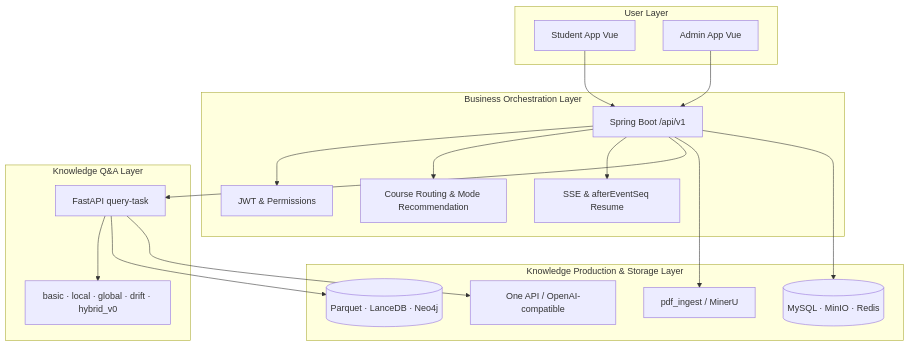
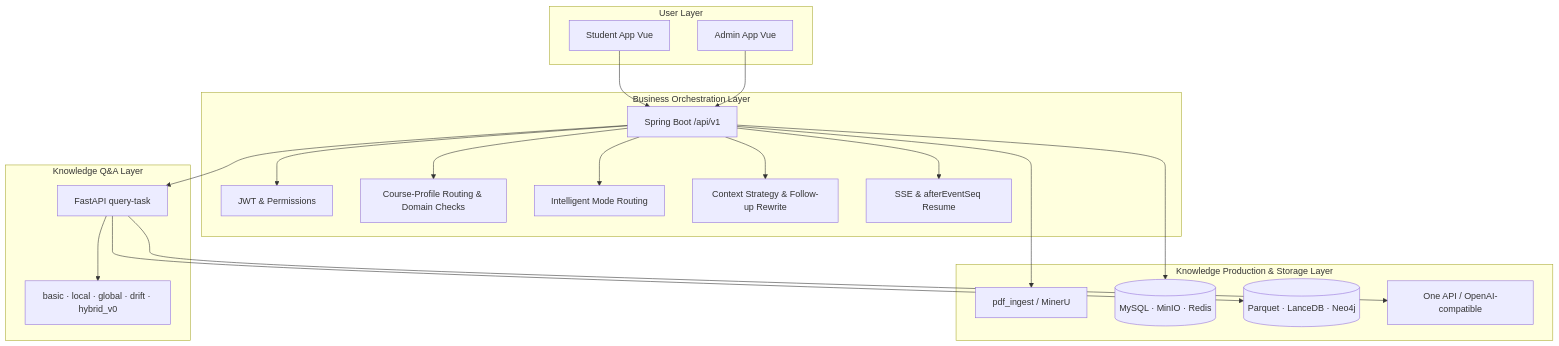
Before and after one commit to HardyLiu6/ckqa: the second of 4 diagrams in README.en.md, drawn with Mermaid. The commit also changed other lines of this file and 1 other file, not shown here.

````diff
--- a/README.en.md
+++ b/README.en.md
@@ -68,34 +70,38 @@
 ```mermaid
 flowchart TB
   subgraph U[User Layer]
     STUDENT[Student App Vue]
     ADMIN[Admin App Vue]
   end
   subgraph J[Business Orchestration Layer]
     JAVA[Spring Boot /api/v1]
     AUTH[JWT & Permissions]
-    ROUTE[Course Routing & Mode Recommendation]
+    ROUTE[Course-Profile Routing & Domain Checks]
+    MODE[Intelligent Mode Routing]
+    CTX[Context Strategy & Follow-up Rewrite]
     SSE[SSE & afterEventSeq Resume]
   end
   subgraph G[Knowledge Q&A Layer]
     PY[FastAPI query-task]
     MODES[basic · local · global · drift · hybrid_v0]
   end
   subgraph D[Knowledge Production & Storage Layer]
     PDFI[pdf_ingest / MinerU]
     STORE[(MySQL · MinIO · Redis)]
     GRAPH[(Parquet · LanceDB · Neo4j)]
     LLM[One API / OpenAI-compatible]
   end
   STUDENT --> JAVA
   ADMIN --> JAVA
   JAVA --> AUTH
   JAVA --> ROUTE
+  JAVA --> MODE
+  JAVA --> CTX
   JAVA --> SSE
   JAVA --> PY
   PY --> MODES
   PY --> GRAPH
   PY --> LLM
   JAVA --> PDFI
   JAVA --> STORE
 ```
````
